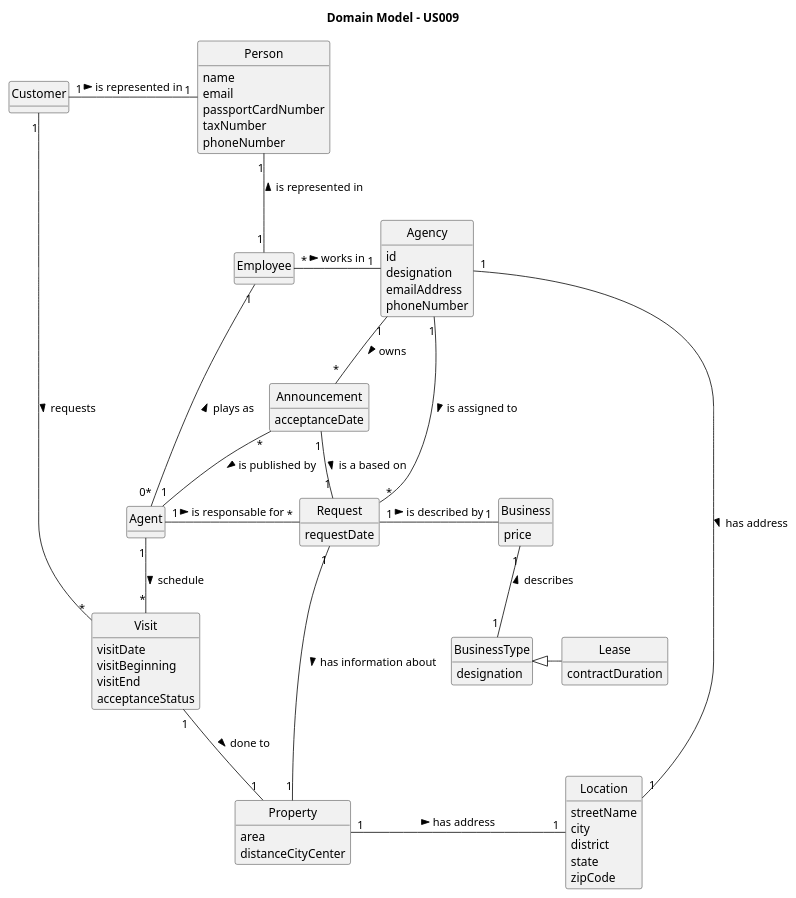
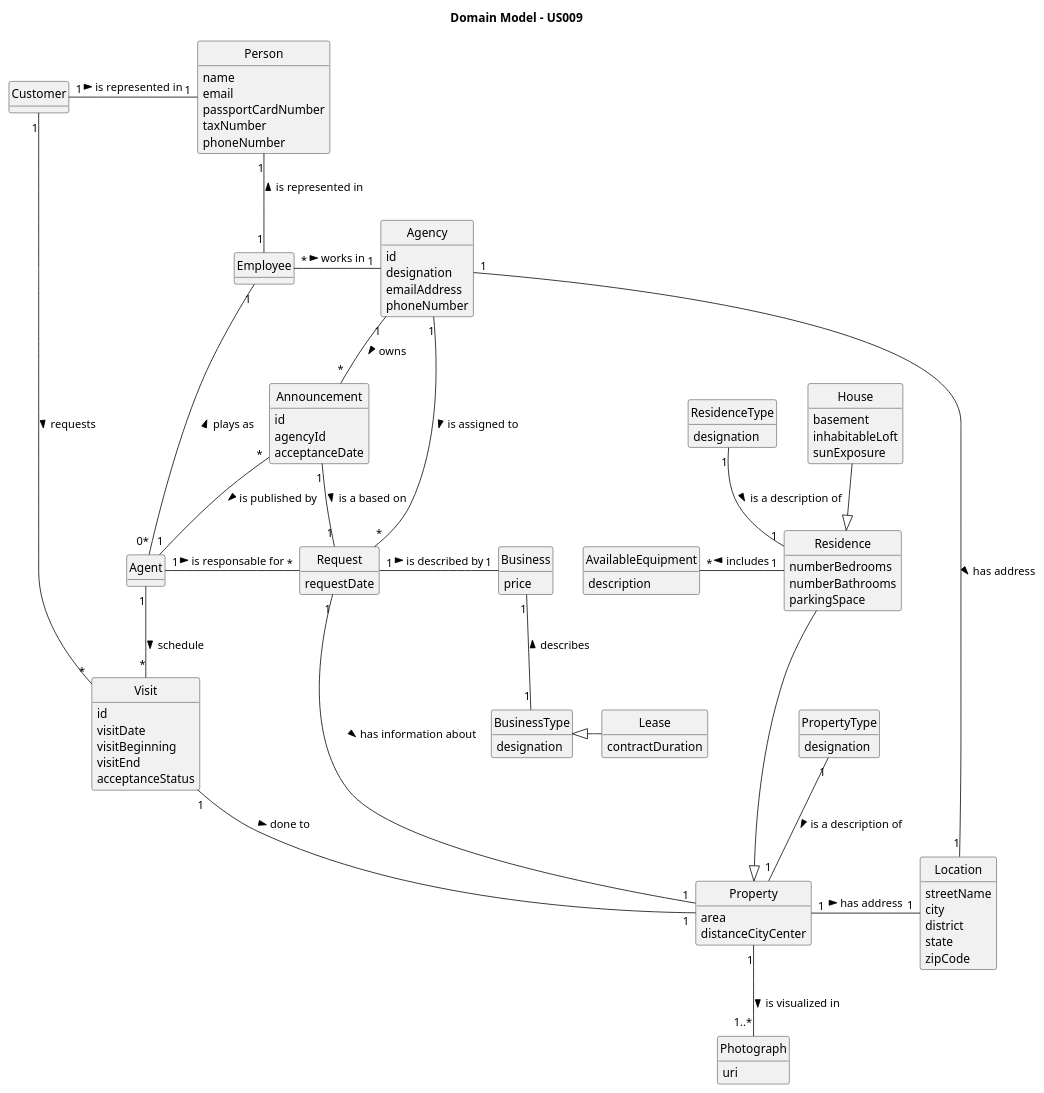
The diagram in docs/sprintC/us009/02.analysis/puml/us009-domain-model.puml (rita-barbosa/LAPR2-2223), drawn with PlantUML before and after one commit. The commit also changed 1 other file, not shown here.

```diff
--- a/docs/sprintC/us009/02.analysis/puml/us009-domain-model.puml
+++ b/docs/sprintC/us009/02.analysis/puml/us009-domain-model.puml
@@ -1,103 +1,138 @@
 @startuml
 skinparam monochrome true
 skinparam packageStyle rectangle
 skinparam shadowing false
 
 skinparam classAttributeIconSize 0
 
 hide circle
 hide methods
 
 title Domain Model - US009
 
 class Visit {
+    id
     visitDate
     visitBeginning
     visitEnd
     acceptanceStatus
 }
 
 class Customer {
 }
 
 class Request {
     requestDate
 }
 
 class Business {
     price
 }
 
 class BusinessType {
     designation
 }
 
 class Lease {
     contractDuration
 }
 
 
 class Agent {
 
 }
 
 class Person {
       name
       email
       passportCardNumber
       taxNumber
       phoneNumber
 }
 
 class Employee {
 }
 
 
 class Agency {
    id
    designation
    emailAddress
    phoneNumber
 }
 
 class Location {
     streetName
     city
     district
     state
     zipCode
 }
 
 class Announcement {
+    id
+    agencyId
     acceptanceDate
 }
 
 
-class Property {
-    area
-    distanceCityCenter
+class Property{
+     area
+     distanceCityCenter
+}
+
+class Residence{
+     numberBedrooms
+     numberBathrooms
+     parkingSpace
+}
+
+class AvailableEquipment{
+    description
+}
+
+class House{
+    basement
+    inhabitableLoft
+    sunExposure
+}
+
+class PropertyType{
+    designation
+}
+
+class ResidenceType{
+    designation
+}
+
+class Photograph{
+    uri
 }
 
 
+PropertyType "1" -- "1" Property: is a description of >
+Property "1" -- "1..*" Photograph: is visualized in >
 Announcement "1" - "1" Request : is a based on >
 Agency "1" -- "*" Announcement : owns >
 Agency "1" - "1" Location : has address >
 Agency "1" - "*" Request : is assigned to >
 Customer "1" -- "*" Visit : requests >
 Agent "1" -- "*" Visit : schedule >
 Announcement "*" -- "1" Agent : is published by >
 Agent "1" - "*" Request : is responsable for >
 Agent "0*" -- "1" Employee : plays as >
 Employee "*" -right- "1" Agency : works in >
 Property "1" - "1" Location : has address >
 Visit "1" -- "1" Property : done to >
-
+Residence  ---|>  Property
+House --|> Residence
+ResidenceType "1" -- "1" Residence: is a description of >
+Residence "1" -left "*"AvailableEquipment: includes >
 Lease -left-|> BusinessType
-
 BusinessType "1" -up- "1" Business : describes >
 Request "1" -right "1" Business : is described by >
 Employee "1" -up- "1" Person : is represented in >
 Customer "1" -right- "1" Person : is represented in >
 Request "1" - "1" Property : has information about >
 
 @enduml
```
